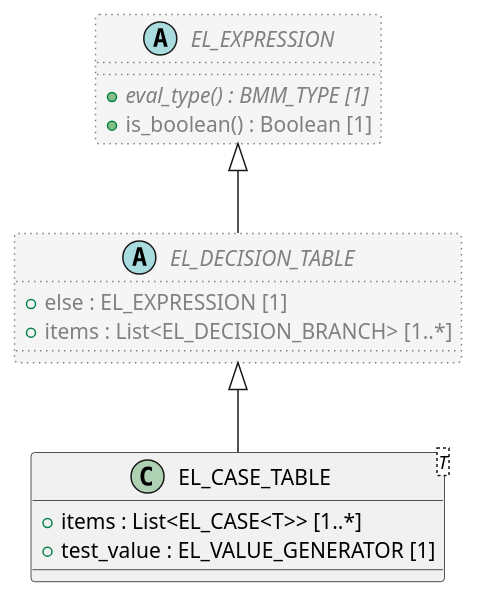
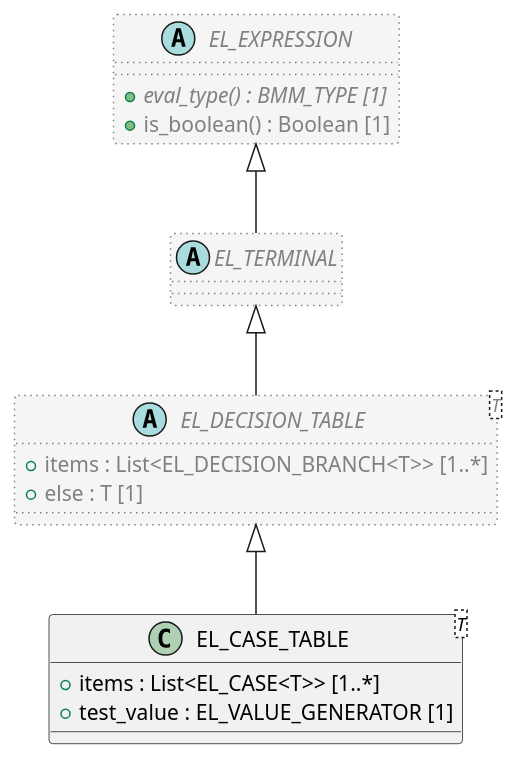
Before and after one commit to sebastian-iancu/code-generator: the diagram in code/Adoc/openehr_lang_1.1.0/plantUML/classes/org.openehr.lang.bmm.el_case_table.adoc, drawn with PlantUML. The commit also changed 719 other files, not shown here.

```diff
--- a/code/Adoc/openehr_lang_1.1.0/plantUML/classes/org.openehr.lang.bmm.el_case_table.adoc
+++ b/code/Adoc/openehr_lang_1.1.0/plantUML/classes/org.openehr.lang.bmm.el_case_table.adoc
@@ -1,26 +1,31 @@
 [plantuml,EL_CASE_TABLE,format=svg,svg-type="inline"]
 -----
 @startuml
 
 class EL_CASE_TABLE <T> {
   + items : List<EL_CASE<T>> [1..*]
   + test_value : EL_VALUE_GENERATOR [1]
 }
 
-abstract class EL_DECISION_TABLE  #whitesmoke;line:gray;line.dotted;text:gray {
-  + else : EL_EXPRESSION [1]
-  + items : List<EL_DECISION_BRANCH> [1..*]
+abstract class EL_DECISION_TABLE <T>  #whitesmoke;line:gray;line.dotted;text:gray {
+  + items : List<EL_DECISION_BRANCH<T>> [1..*]
+  + else : T [1]
+}
+
+abstract class EL_TERMINAL  #whitesmoke;line:gray;line.dotted;text:gray {
 }
 
 abstract class EL_EXPRESSION  #whitesmoke;line:gray;line.dotted;text:gray {
   + {abstract} eval_type() : BMM_TYPE [1]
   + is_boolean() : Boolean [1]
 }
 
-EL_EXPRESSION <|-- EL_DECISION_TABLE
+EL_EXPRESSION <|-- EL_TERMINAL
+
+EL_TERMINAL <|-- EL_DECISION_TABLE
 
 EL_DECISION_TABLE <|-- EL_CASE_TABLE
 
 
 @enduml
 -----
```
